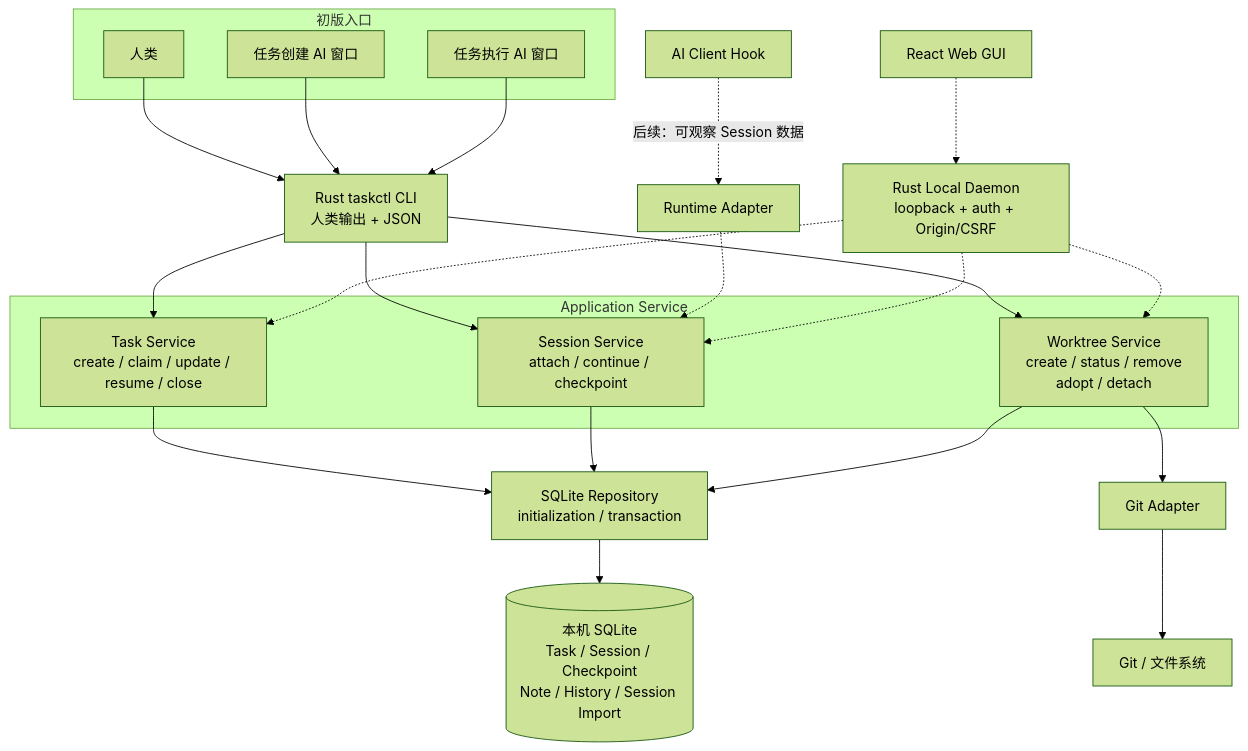
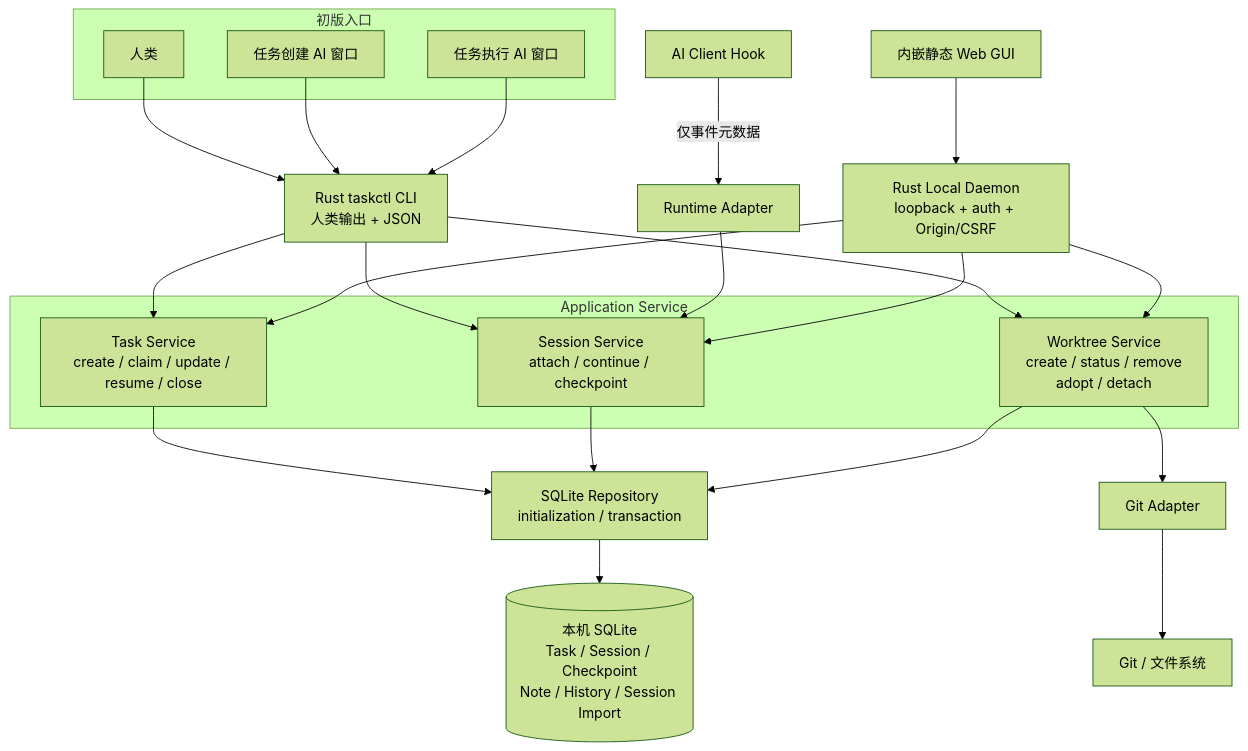
Before and after one commit to cecil-su/agent-steward: the first of 5 diagrams in docs/v0/10-架构与流程图.md, drawn with Mermaid (forest theme). The commit also changed other lines of this file and 37 other files, not shown here.

````diff
--- a/docs/v0/10-架构与流程图.md
+++ b/docs/v0/10-架构与流程图.md
@@ -11,47 +11,47 @@
 ```mermaid
 flowchart TB
     subgraph Clients["初版入口"]
         Human["人类"]
         Creator["任务创建 AI 窗口"]
         Executor["任务执行 AI 窗口"]
     end
 
     CLI["Rust taskctl CLI<br/>人类输出 + JSON"]
 
     subgraph App["Application Service"]
         TaskService["Task Service<br/>create / claim / update / resume / close"]
         SessionService["Session Service<br/>attach / continue / checkpoint"]
         WorktreeService["Worktree Service<br/>create / status / remove<br/>adopt / detach"]
     end
 
     SQLiteAdapter["SQLite Repository<br/>initialization / transaction"]
     SQLiteDB[("本机 SQLite<br/>Task / Session / Checkpoint<br/>Note / History / Session Import")]
     GitAdapter["Git Adapter"]
     GitFS["Git / 文件系统"]
 
     Hook["AI Client Hook"]
     RuntimeAdapter["Runtime Adapter"]
-    GUI["React Web GUI"]
+    GUI["内嵌静态 Web GUI"]
     Daemon["Rust Local Daemon<br/>loopback + auth + Origin/CSRF"]
 
     Human --> CLI
     Creator --> CLI
     Executor --> CLI
     CLI --> TaskService
     CLI --> SessionService
     CLI --> WorktreeService
 
     TaskService --> SQLiteAdapter
     SessionService --> SQLiteAdapter
     WorktreeService --> SQLiteAdapter
     SQLiteAdapter --> SQLiteDB
     WorktreeService --> GitAdapter
     GitAdapter --> GitFS
 
-    Hook -. "后续：可观察 Session 数据" .-> RuntimeAdapter
-    RuntimeAdapter -.-> SessionService
-    GUI -.-> Daemon
-    Daemon -.-> TaskService
-    Daemon -.-> SessionService
-    Daemon -.-> WorktreeService
+    Hook -->|仅事件元数据| RuntimeAdapter
+    RuntimeAdapter --> SessionService
+    GUI --> Daemon
+    Daemon --> TaskService
+    Daemon --> SessionService
+    Daemon --> WorktreeService
 ```
````
